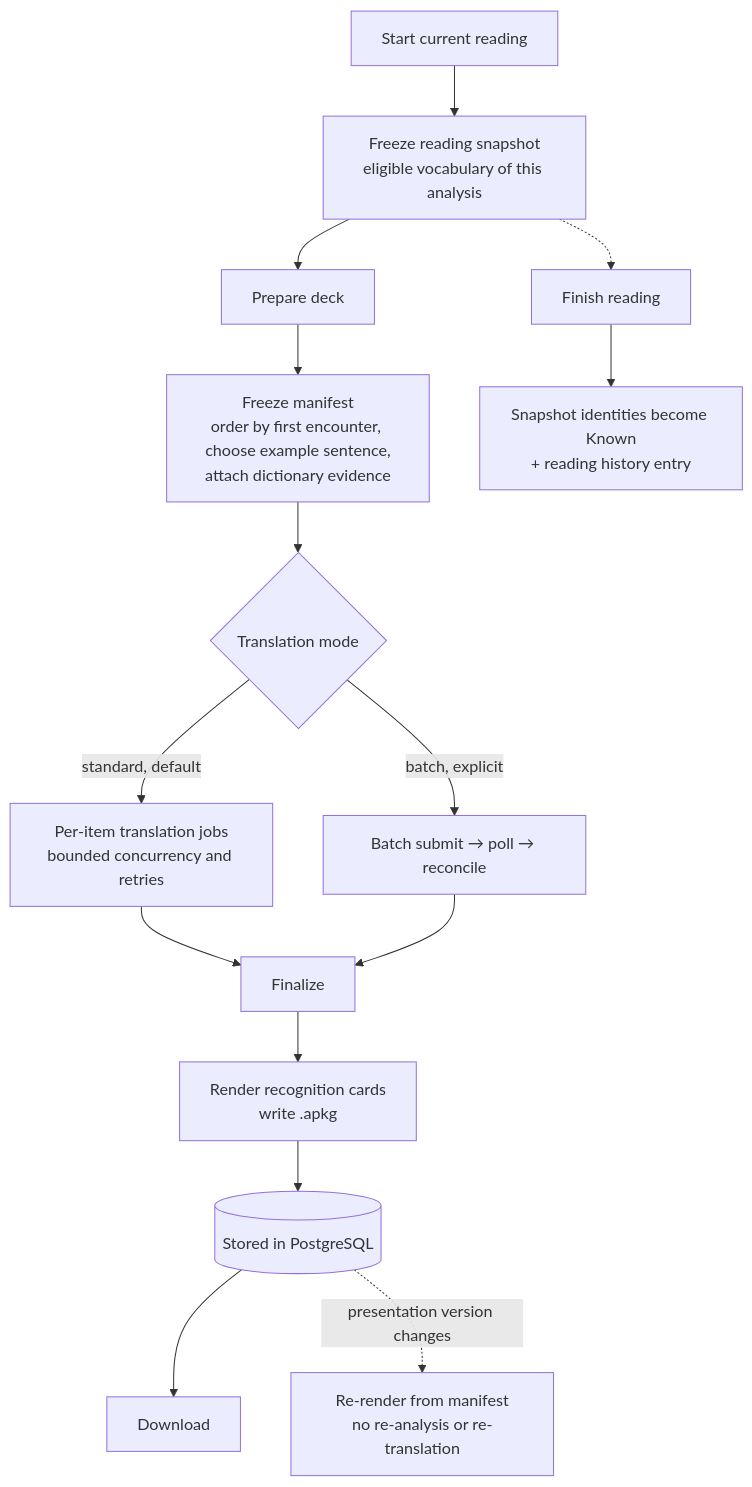
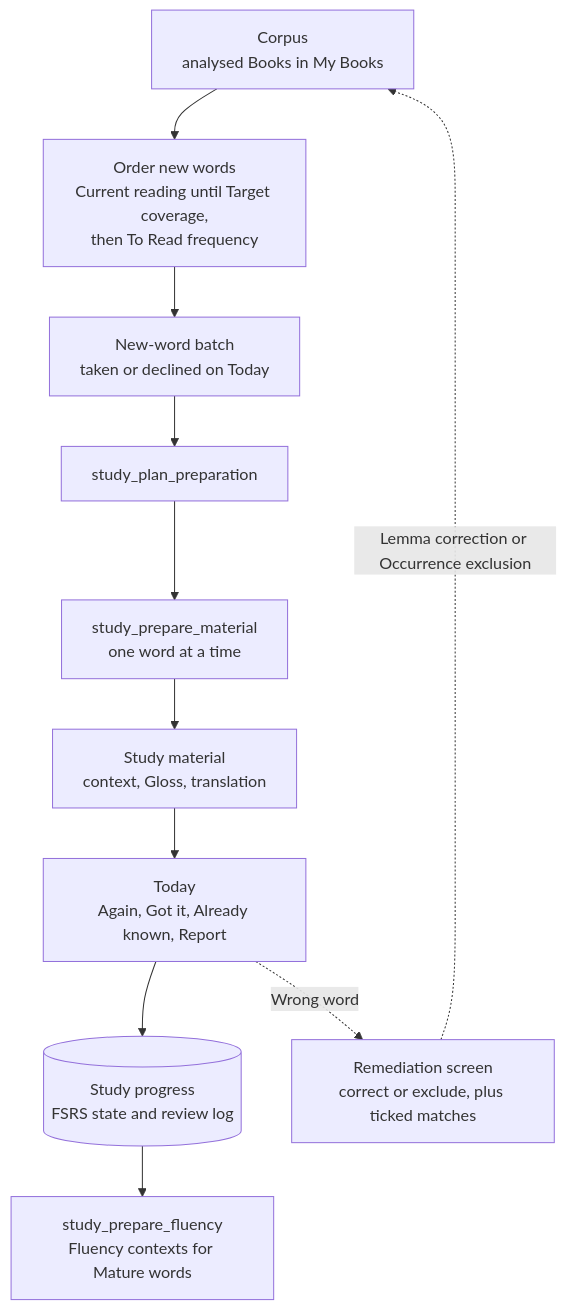
The fourth of 6 diagrams in ARCHITECTURE.md (justin-hayes/mouseion), drawn with Mermaid before and after one commit. The commit also changed other lines of this file, not shown here.

Commit message:
docs(architecture): describe the Study pipeline in place of the deck pipeline

````diff
--- a/ARCHITECTURE.md
+++ b/ARCHITECTURE.md
@@ -165,17 +171,13 @@
 ```mermaid
 flowchart TD
-    start[Start current reading] --> snap[Freeze reading snapshot<br/>eligible vocabulary of this analysis]
-    snap --> prep[Prepare deck]
-    prep --> manifest[Freeze manifest<br/>order by first encounter, choose example sentence,<br/>attach dictionary evidence]
-    manifest --> mode{Translation mode}
-    mode -->|standard, default| std[Per-item translation jobs<br/>bounded concurrency and retries]
-    mode -->|batch, explicit| batch[Batch submit → poll → reconcile]
-    std --> fin[Finalize]
-    batch --> fin
-    fin --> render[Render recognition cards<br/>write .apkg]
-    render --> store[(Stored in PostgreSQL)]
-    store --> dl[Download]
-    store -. presentation version changes .-> rerender[Re-render from manifest<br/>no re-analysis or re-translation]
-    finish[Finish reading] --> known[Snapshot identities become Known<br/>+ reading history entry]
-    snap -.-> finish
+    corpus[Corpus<br/>analysed Books in My Books] --> order[Order new words<br/>Current reading until Target coverage,<br/>then To Read frequency]
+    order --> batch[New-word batch<br/>taken or declined on Today]
+    batch --> plan[study_plan_preparation]
+    plan --> mat[study_prepare_material<br/>one word at a time]
+    mat --> card[Study material<br/>context, Gloss, translation]
+    card --> today[Today<br/>Again, Got it, Already known, Report]
+    today --> fsrs[(Study progress<br/>FSRS state and review log)]
+    fsrs --> fluency[study_prepare_fluency<br/>Fluency contexts for Mature words]
+    today -. Wrong word .-> remed[Remediation screen<br/>correct or exclude, plus ticked matches]
+    remed -. Lemma correction or Occurrence exclusion .-> corpus
 ```
````
